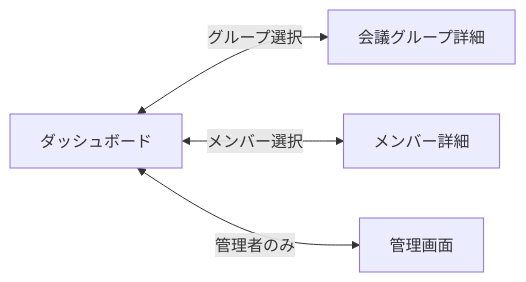
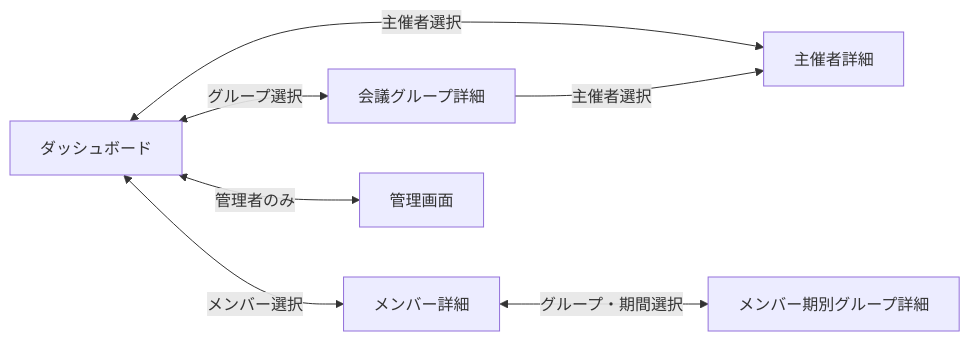
One commit to nuitsjp/teams-board changed the third of 3 diagrams in docs/index.md. Above: the diagram before and after it, drawn with Mermaid. The commit also changed other lines of this file and 20 other files, not shown here.

````diff
--- a/docs/index.md
+++ b/docs/index.md
@@ -96,11 +96,16 @@
 ```mermaid
 graph LR
     dashboard["ダッシュボード"]
     group["会議グループ詳細"]
     member["メンバー詳細"]
+    memberGroupTerm["メンバー期別グループ詳細"]
+    organizer["主催者詳細"]
     admin["管理画面"]
 
     dashboard <-->|グループ選択| group
     dashboard <-->|メンバー選択| member
+    dashboard <-->|主催者選択| organizer
     dashboard <-->|管理者のみ| admin
+    member <-->|グループ・期間選択| memberGroupTerm
+    group -->|主催者選択| organizer
 ```
````
